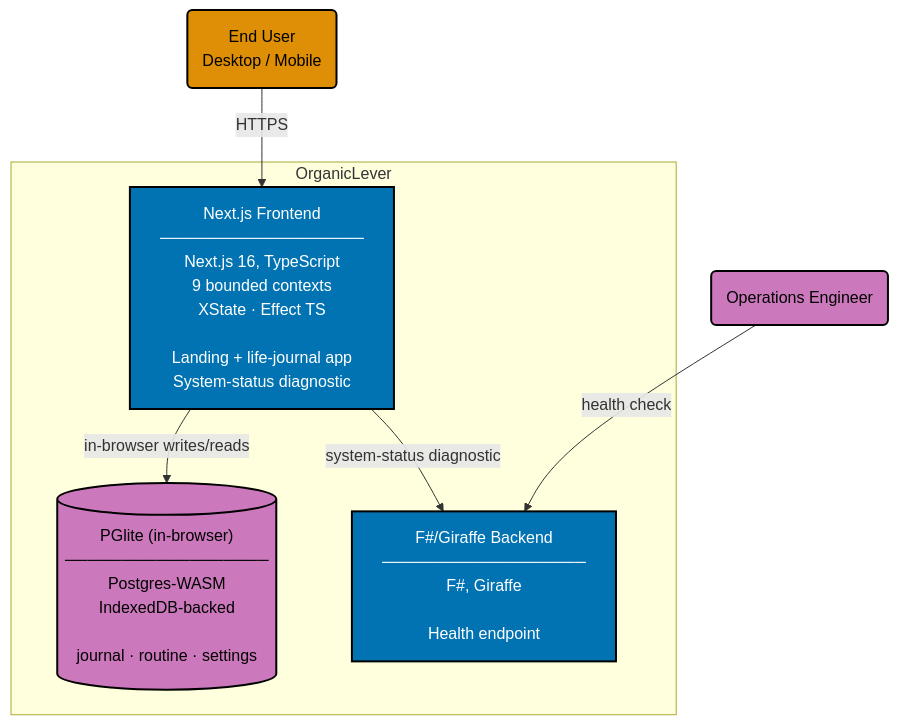
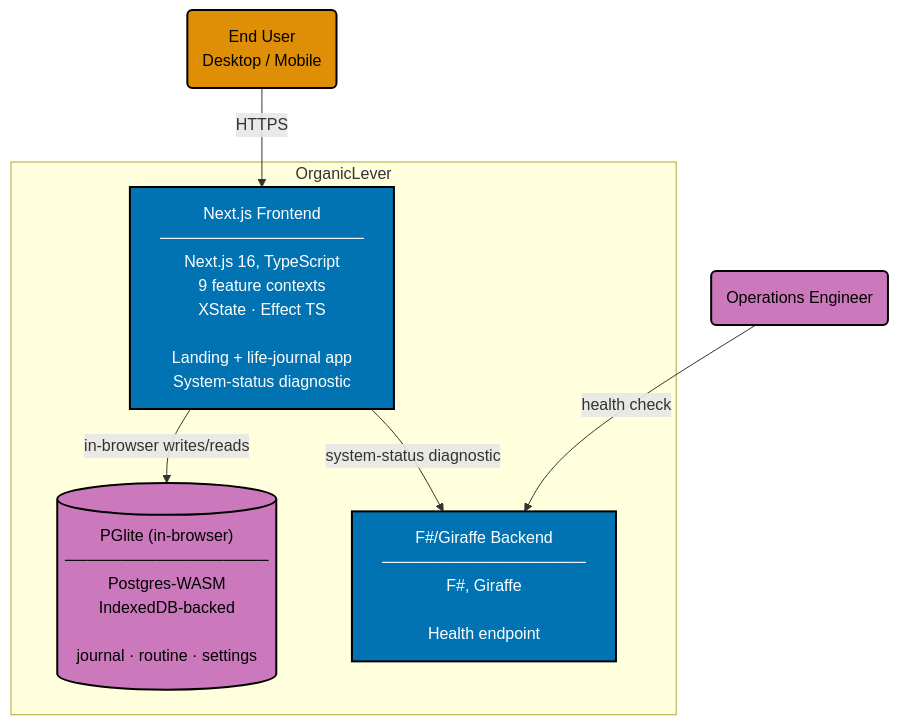
One commit to wahidyankf/open-sharia-fintech changed the diagram in specs/apps/organiclever/containers/container.md. Above: the diagram before and after it, drawn with Mermaid. The commit also changed other lines of this file and 70 other files, not shown here.

````diff
--- a/specs/apps/organiclever/containers/container.md
+++ b/specs/apps/organiclever/containers/container.md
@@ -15,26 +15,26 @@
 ```mermaid
 %% Color Palette: Blue #0173B2 | Orange #DE8F05 | Teal #029E73 | Purple #CC78BC | Brown #CA9161 | Gray #808080
 graph TD
     EU("End User<br/>Desktop / Mobile"):::actor
     OPS("Operations Engineer"):::actor_ops
 
     subgraph SYSTEM["OrganicLever"]
-        FE["Next.js Frontend<br/>──────────────────<br/>Next.js 16, TypeScript<br/>9 bounded contexts<br/>XState · Effect TS<br/><br/>Landing + life-journal app<br/>System-status diagnostic"]:::container_fe
+        FE["Next.js Frontend<br/>──────────────────<br/>Next.js 16, TypeScript<br/>9 feature contexts<br/>XState · Effect TS<br/><br/>Landing + life-journal app<br/>System-status diagnostic"]:::container_fe
 
         PGLITE[("PGlite (in-browser)<br/>──────────────────<br/>Postgres-WASM<br/>IndexedDB-backed<br/><br/>journal · routine · settings")]:::storage
 
         BE["F#/Giraffe Backend<br/>──────────────────<br/>F#, Giraffe<br/><br/>Health endpoint"]:::container_be
     end
 
     EU -- "HTTPS" --> FE
     OPS -- "health check" --> BE
 
     FE -- "in-browser writes/reads" --> PGLITE
     FE -- "system-status diagnostic" --> BE
 
     classDef actor fill:#DE8F05,stroke:#000000,color:#000000,stroke-width:2px
     classDef actor_ops fill:#CC78BC,stroke:#000000,color:#000000,stroke-width:2px
     classDef container_fe fill:#0173B2,stroke:#000000,color:#FFFFFF,stroke-width:2px
     classDef container_be fill:#0173B2,stroke:#000000,color:#FFFFFF,stroke-width:2px
     classDef storage fill:#CC78BC,stroke:#000000,color:#000000,stroke-width:2px
 ```
````
